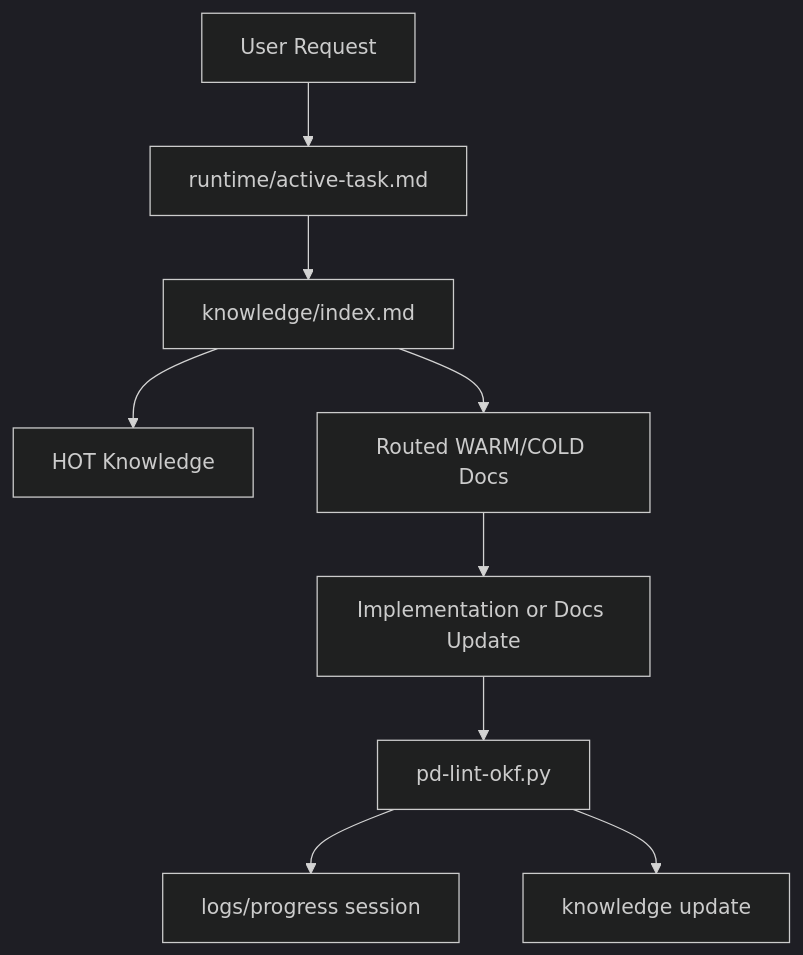
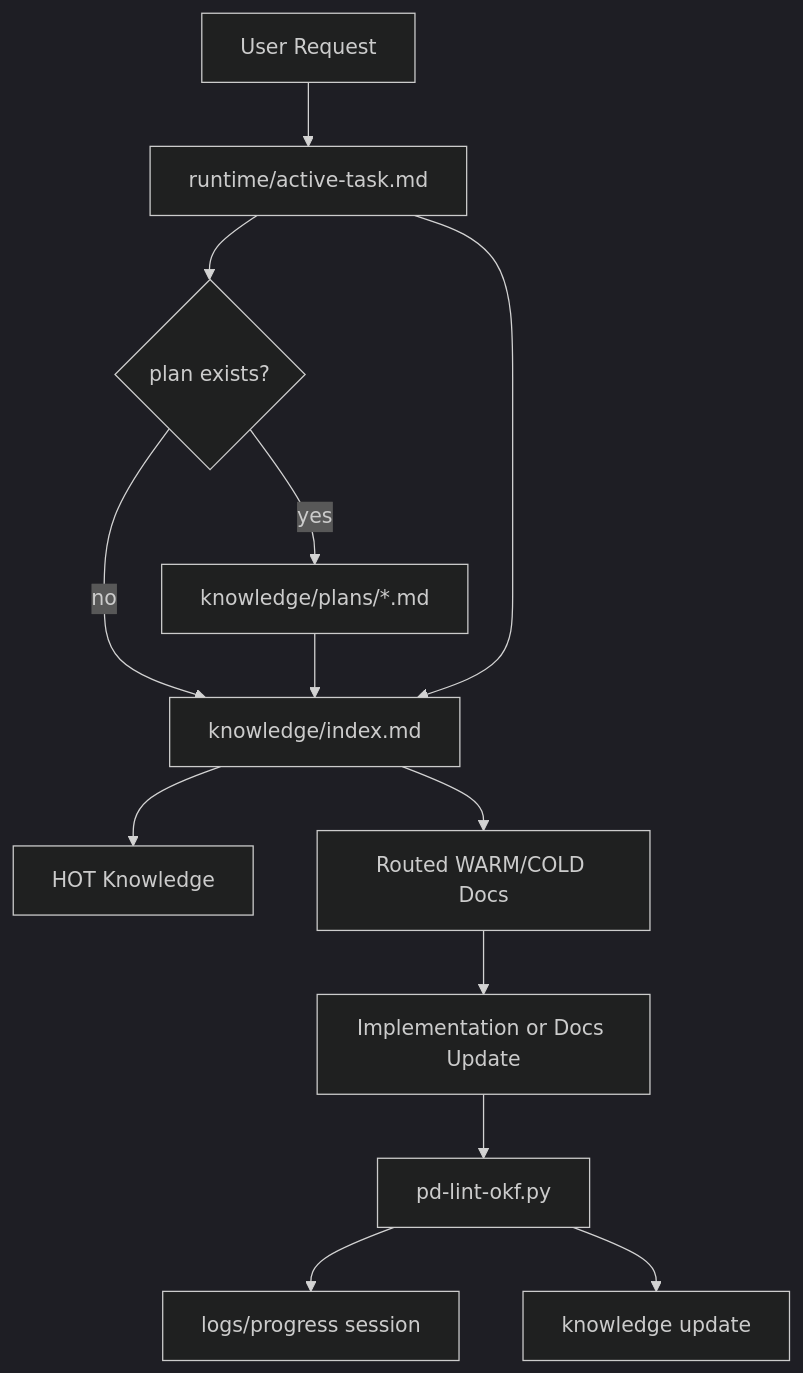
Before and after one commit to Marz42/paradigma: the diagram in memory-bank/knowledge/architecture.md, drawn with Mermaid (dark theme). The commit also changed other lines of this file and 9 other files, not shown here.

First line of the commit message:
feat: add mid-term plans layer (knowledge/plans/)

````diff
--- a/memory-bank/knowledge/architecture.md
+++ b/memory-bank/knowledge/architecture.md
@@ -87,11 +88,15 @@
 ```mermaid
 flowchart TD
     userRequest["User Request"] --> activeTask["runtime/active-task.md"]
-    activeTask --> knowledgeIndex["knowledge/index.md"]
+    activeTask --> planContext{"plan exists?"}
+    planContext -->|yes| plans["knowledge/plans/*.md"]
+    planContext -->|no| knowledgeIndex
+    plans --> knowledgeIndex["knowledge/index.md"]
+    activeTask --> knowledgeIndex
     knowledgeIndex --> hotKnowledge["HOT Knowledge"]
     knowledgeIndex --> routedDocs["Routed WARM/COLD Docs"]
     routedDocs --> implementation["Implementation or Docs Update"]
     implementation --> validation["pd-lint-okf.py"]
     validation --> sessionLog["logs/progress session"]
     validation --> knowledgeUpdate["knowledge update"]
 ```
````
